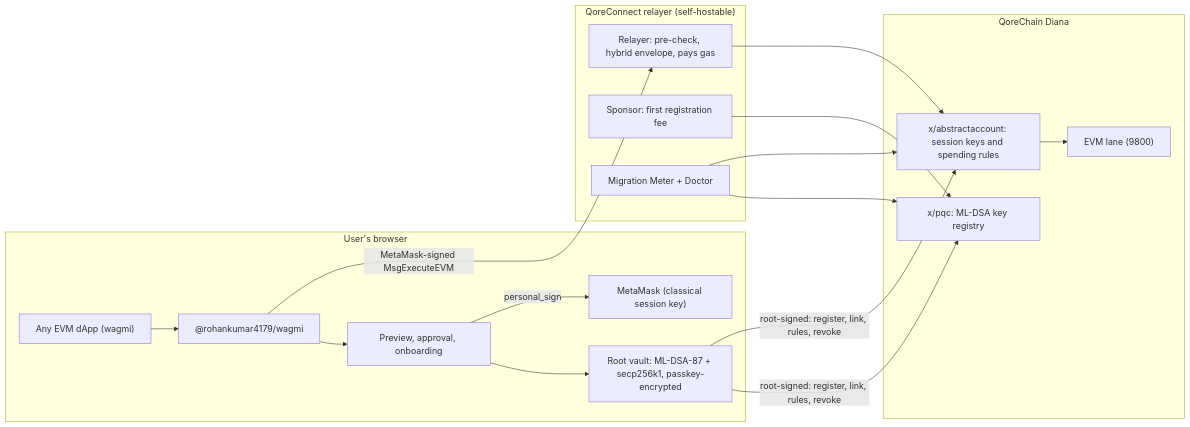
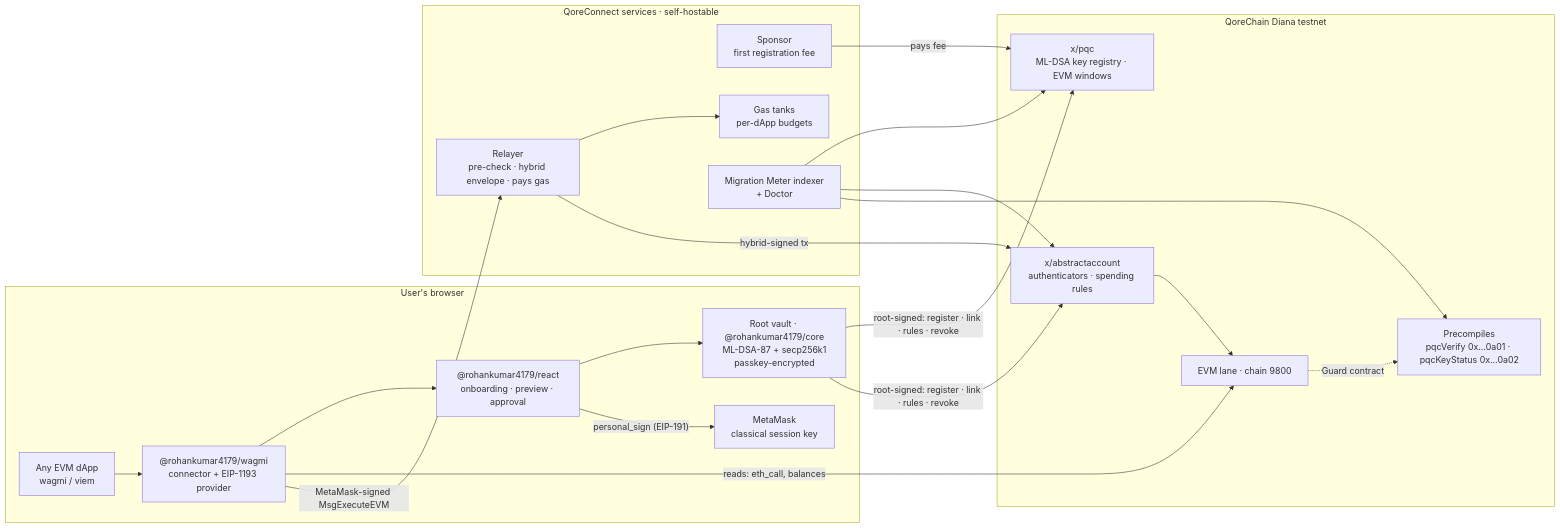
Before and after one commit to rohan911438/QoreConnect: the third of 13 diagrams in README.md, drawn with Mermaid. The commit also changed other lines of this file, not shown here.

Commit message:
README: detailed rewrite with problem/solution, 15 diagrams (architecture, account model, deployment, onboarding, transaction, relayer pipeline, approval, agent, kill switch, defence in depth), measured results, comparison, API, security summary and a full link index

````diff
--- a/README.md
+++ b/README.md
@@ -55,23 +170,36 @@
 ```mermaid
 flowchart LR
   subgraph Browser["User's browser"]
-    DAPP["Any EVM dApp (wagmi)"] --> CONN["@rohankumar4179/wagmi"]
-    CONN --> UI["Preview, approval, onboarding"]
-    UI --> VAULT["Root vault: ML-DSA-87 + secp256k1, passkey-encrypted"]
-    UI -- "personal_sign" --> MM["MetaMask (classical session key)"]
+    DAPP["Any EVM dApp<br/>wagmi / viem"]
+    CONN["@rohankumar4179/wagmi<br/>connector + EIP-1193 provider"]
+    UI["@rohankumar4179/react<br/>onboarding · preview · approval"]
+    VAULT["Root vault · @rohankumar4179/core<br/>ML-DSA-87 + secp256k1<br/>passkey-encrypted"]
+    MM["MetaMask<br/>classical session key"]
   end
-  subgraph Server["QoreConnect relayer (self-hostable)"]
-    REL["Relayer: pre-check, hybrid envelope, pays gas"]
-    SPON["Sponsor: first registration fee"]
-    METER["Migration Meter + Doctor"]
+
+  subgraph Services["QoreConnect services · self-hostable"]
+    REL["Relayer<br/>pre-check · hybrid envelope · pays gas"]
+    SPON["Sponsor<br/>first registration fee"]
+    TANK["Gas tanks<br/>per-dApp budgets"]
+    METER["Migration Meter indexer<br/>+ Doctor"]
   end
-  subgraph Chain["QoreChain Diana"]
-    PQC["x/pqc: ML-DSA key registry"]
-    AA["x/abstractaccount: session keys and spending rules"]
-    EVM["EVM lane (9800)"]
+
+  subgraph Chain["QoreChain Diana testnet"]
+    PQC["x/pqc<br/>ML-DSA key registry · EVM windows"]
+    AA["x/abstractaccount<br/>authenticators · spending rules"]
+    EVM["EVM lane · chain 9800"]
+    PRE["Precompiles<br/>pqcVerify 0x…0a01 · pqcKeyStatus 0x…0a02"]
   end
-  CONN -- "MetaMask-signed MsgExecuteEVM" --> REL --> AA --> EVM
-  VAULT -- "root-signed: register, link, rules, revoke" --> PQC & AA
-  SPON --> PQC
-  METER --> PQC & AA
+
+  DAPP --> CONN --> UI
+  UI --> VAULT
+  UI -- "personal_sign (EIP-191)" --> MM
+  CONN -- "reads: eth_call, balances" --> EVM
+  CONN -- "MetaMask-signed MsgExecuteEVM" --> REL
+  REL --> TANK
+  REL -- "hybrid-signed tx" --> AA --> EVM
+  VAULT -- "root-signed: register · link · rules · revoke" --> PQC & AA
+  SPON -- "pays fee" --> PQC
+  METER --> PQC & AA & PRE
+  EVM -. "Guard contract" .-> PRE
 ```
````
